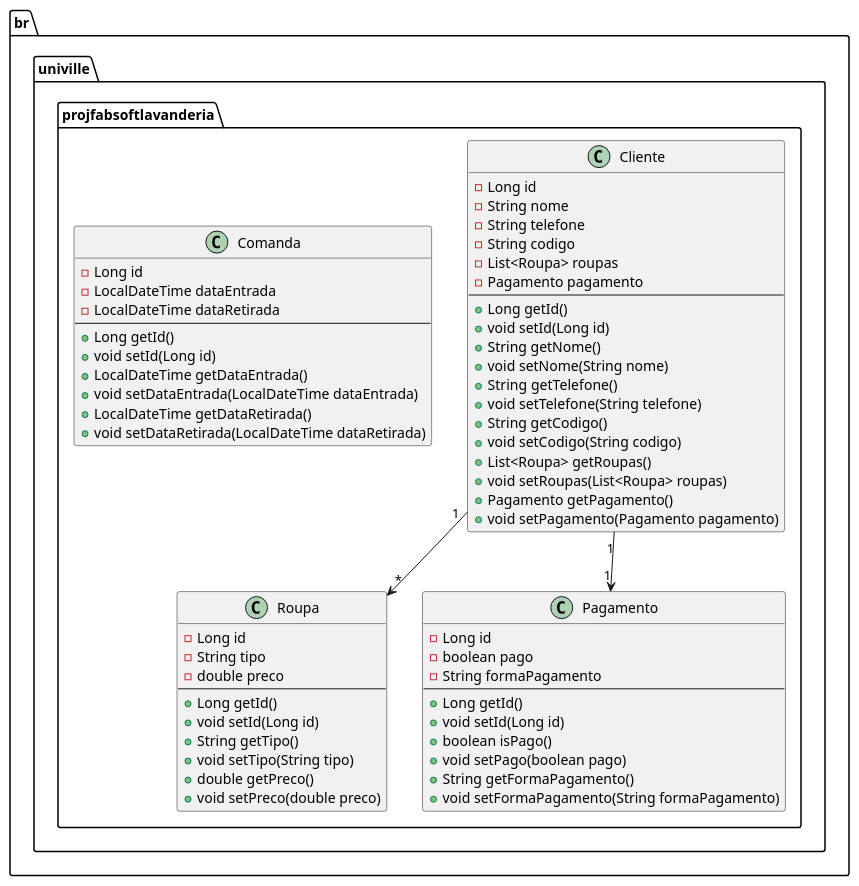
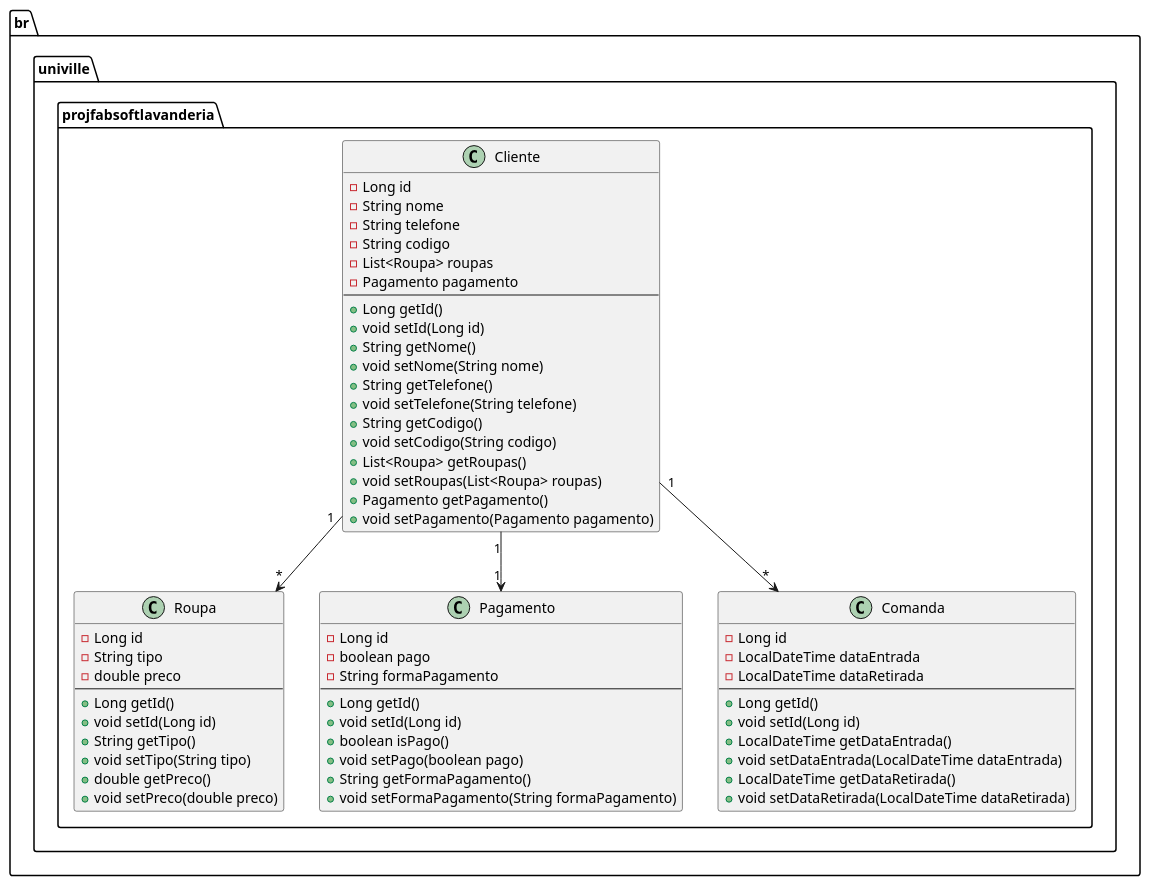
The diagram in diagramas/diagrama.puml (Akaigg/fabsoftb_vitor_matheus), drawn with PlantUML before and after one commit. The commit also changed 5 other files, not shown here.

```diff
--- a/diagramas/diagrama.puml
+++ b/diagramas/diagrama.puml
@@ -1,67 +1,68 @@
 @startuml
 package br.univille.projfabsoftlavanderia {
     class Cliente {
         - Long id
         - String nome
         - String telefone
         - String codigo
         - List<Roupa> roupas
         - Pagamento pagamento
         --
         + Long getId()
         + void setId(Long id)
         + String getNome()
         + void setNome(String nome)
         + String getTelefone()
         + void setTelefone(String telefone)
         + String getCodigo()
         + void setCodigo(String codigo)
         + List<Roupa> getRoupas()
         + void setRoupas(List<Roupa> roupas)
         + Pagamento getPagamento()
         + void setPagamento(Pagamento pagamento)
     }
 
     class Roupa {
         - Long id
         - String tipo
         - double preco
         --
         + Long getId()
         + void setId(Long id)
         + String getTipo()
         + void setTipo(String tipo)
         + double getPreco()
         + void setPreco(double preco)
     }
 
     class Pagamento {
         - Long id
         - boolean pago
         - String formaPagamento
         --
         + Long getId()
         + void setId(Long id)
         + boolean isPago()
         + void setPago(boolean pago)
         + String getFormaPagamento()
         + void setFormaPagamento(String formaPagamento)
     }
 
     class Comanda {
         - Long id
         - LocalDateTime dataEntrada
         - LocalDateTime dataRetirada
         --
         + Long getId()
         + void setId(Long id)
         + LocalDateTime getDataEntrada()
         + void setDataEntrada(LocalDateTime dataEntrada)
         + LocalDateTime getDataRetirada()
         + void setDataRetirada(LocalDateTime dataRetirada)
     }
 
     Cliente "1" --> "*" Roupa
     Cliente "1" --> "1" Pagamento
+    Cliente "1" --> "*" Comanda
 }
 @enduml
```
